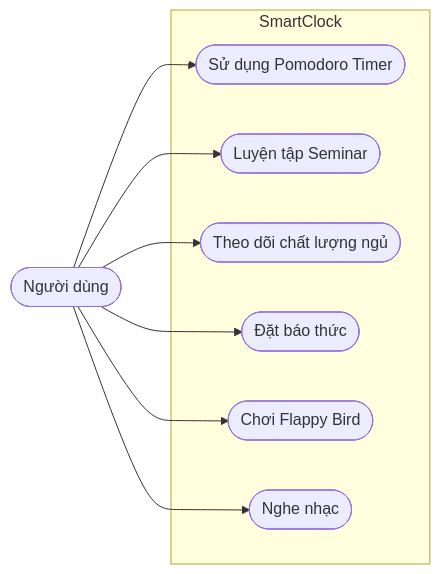
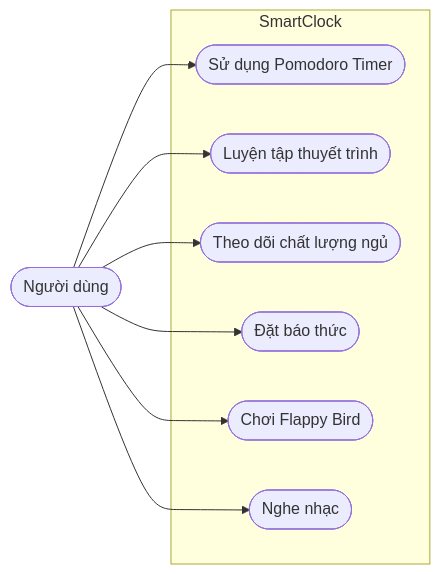
Before and after one commit to Computer-Vision-HCMUS/AIoT-Server: the first of 12 diagrams in docs/Spectification/SmartClock/03_Objectives.md, drawn with Mermaid. The commit also changed other lines of this file, not shown here.

First line of the commit message:
add objective 1 work flows

````diff
--- a/docs/Spectification/SmartClock/03_Objectives.md
+++ b/docs/Spectification/SmartClock/03_Objectives.md
@@ -15,20 +15,20 @@
 ```mermaid
 flowchart LR
     User([Người dùng])
 
     subgraph SmartClock["SmartClock"]
         UC1([Sử dụng Pomodoro Timer])
-        UC2([Luyện tập Seminar])
+        UC2([Luyện tập thuyết trình])
         UC3([Theo dõi chất lượng ngủ])
         UC4([Đặt báo thức])
         UC5([Chơi Flappy Bird])
         UC6([Nghe nhạc])
     end
 
     User --> UC1
     User --> UC2
     User --> UC3
     User --> UC4
     User --> UC5
     User --> UC6
 ```
````
